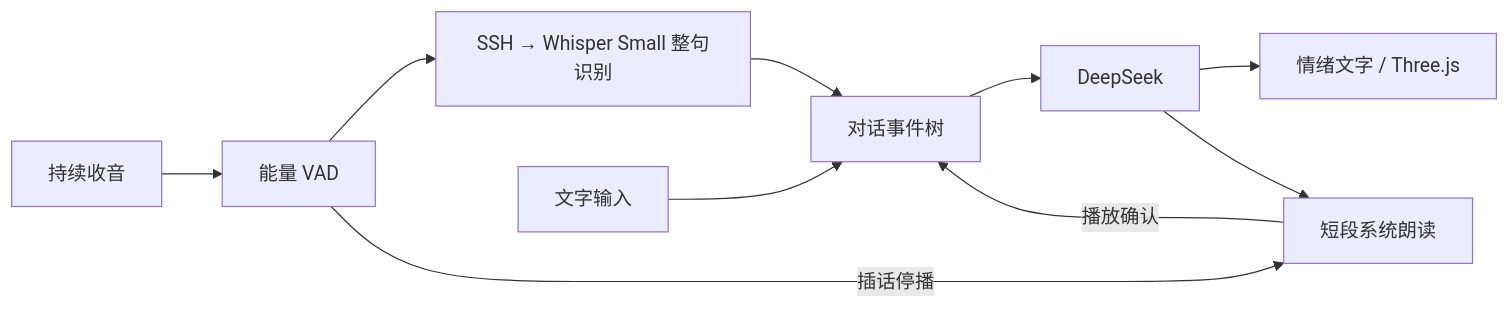
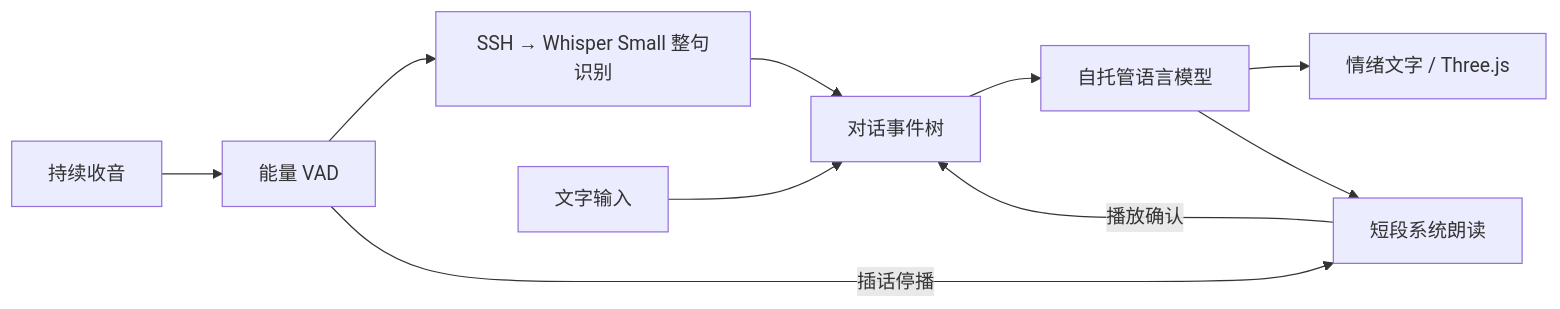
Before and after one commit to wuki-creator/Xim-duplex: the diagram in README.md, drawn with Mermaid. The commit also changed other lines of this file and 20 other files, not shown here.

````diff
--- a/README.md
+++ b/README.md
@@ -15,12 +15,12 @@
 ```mermaid
 flowchart LR
     MIC[持续收音] --> VAD[能量 VAD]
     VAD --> ASR[SSH → Whisper Small 整句识别]
     ASR --> STATE[对话事件树]
     TEXT[文字输入] --> STATE
-    STATE --> LLM[DeepSeek]
+    STATE --> LLM[自托管语言模型]
     LLM --> UI[情绪文字 / Three.js]
     LLM --> TTS[短段系统朗读]
     TTS -->|播放确认| STATE
     VAD -->|插话停播| TTS
 ```
````
